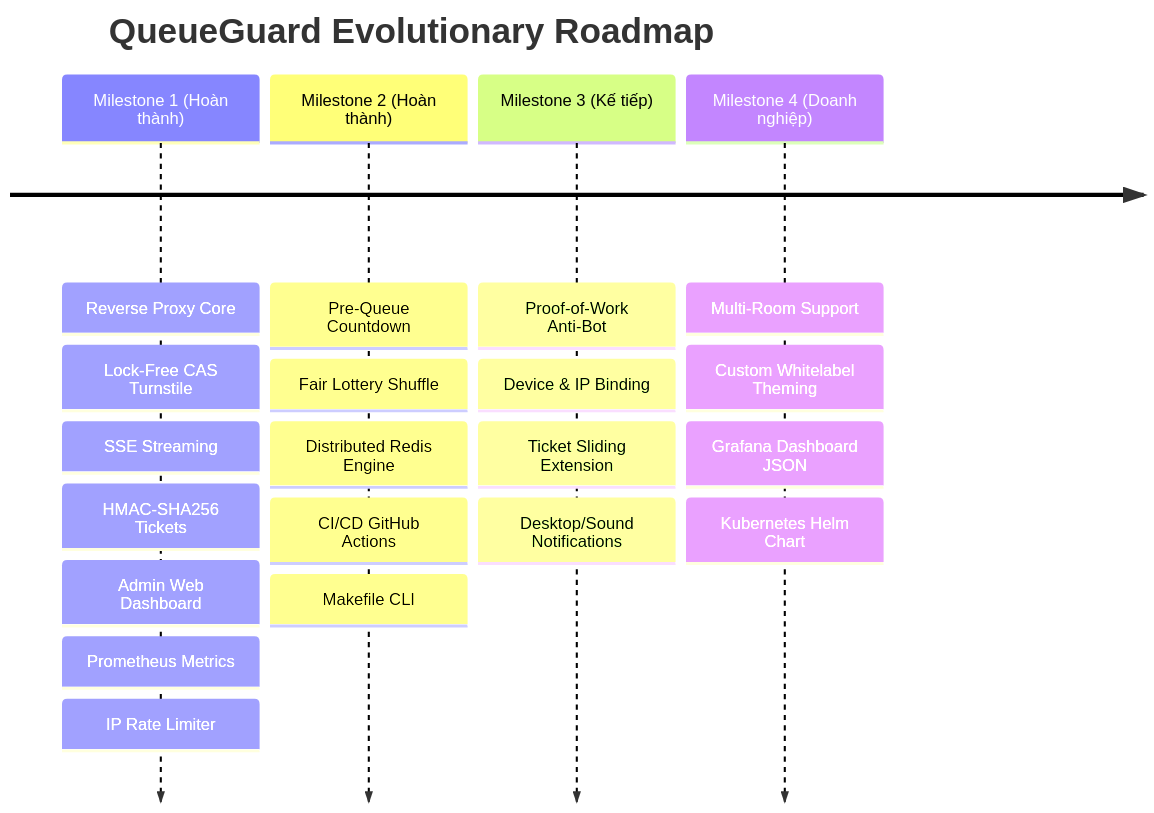
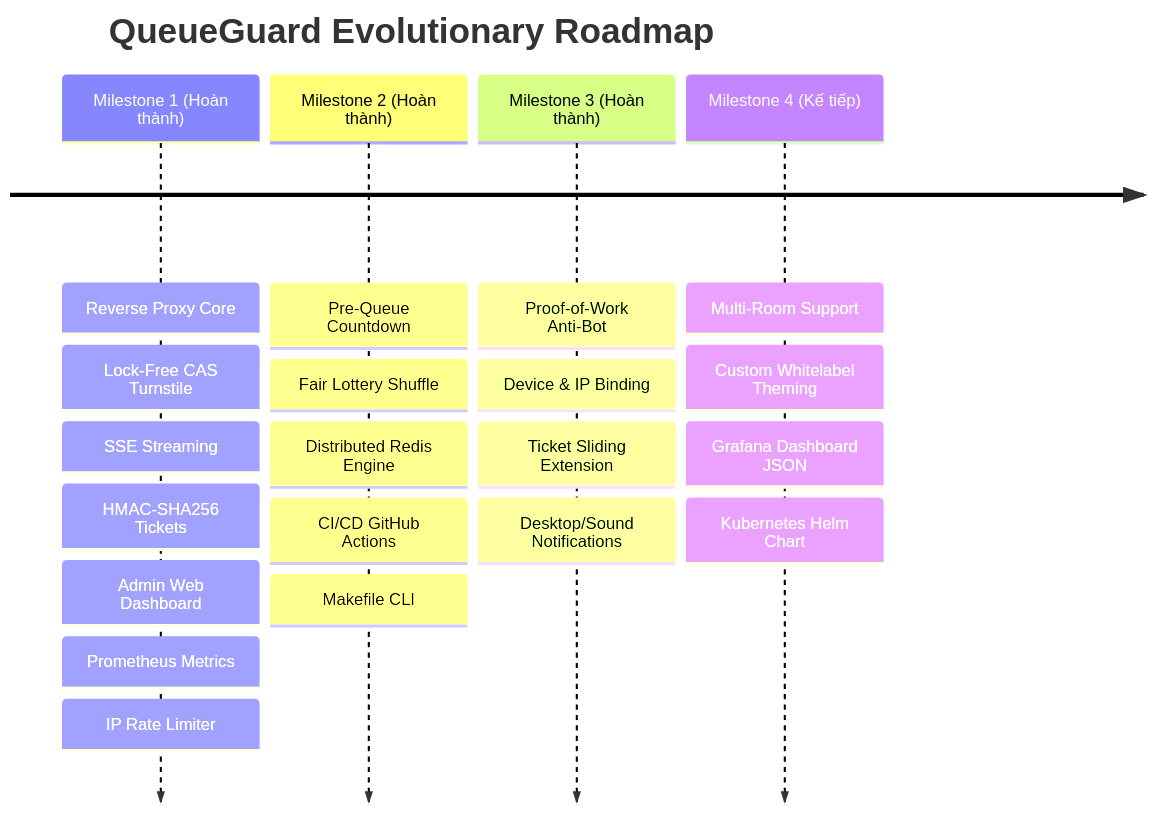
Before and after one commit to Loccao102/Queueguard: the diagram in develop.md, drawn with Mermaid. The commit also changed other lines of this file and 12 other files, not shown here.

Commit message:
feat: add device binding, proof-of-work anti-bot, sliding ticket extension, and notifications

````diff
--- a/develop.md
+++ b/develop.md
@@ -124,24 +125,24 @@
 ```mermaid
 timeline
     title QueueGuard Evolutionary Roadmap
     Milestone 1 (Hoàn thành) : Reverse Proxy Core
                              : Lock-Free CAS Turnstile
                              : SSE Streaming
                              : HMAC-SHA256 Tickets
                              : Admin Web Dashboard
                              : Prometheus Metrics
                              : IP Rate Limiter
     Milestone 2 (Hoàn thành) : Pre-Queue Countdown
                              : Fair Lottery Shuffle
                              : Distributed Redis Engine
                              : CI/CD GitHub Actions
                              : Makefile CLI
-    Milestone 3 (Kế tiếp)    : Proof-of-Work Anti-Bot
+    Milestone 3 (Hoàn thành) : Proof-of-Work Anti-Bot
                              : Device & IP Binding
                              : Ticket Sliding Extension
                              : Desktop/Sound Notifications
-    Milestone 4 (Doanh nghiệp) : Multi-Room Support
-                               : Custom Whitelabel Theming
-                               : Grafana Dashboard JSON
-                               : Kubernetes Helm Chart
+    Milestone 4 (Kế tiếp)    : Multi-Room Support
+                             : Custom Whitelabel Theming
+                             : Grafana Dashboard JSON
+                             : Kubernetes Helm Chart
 ```
````
